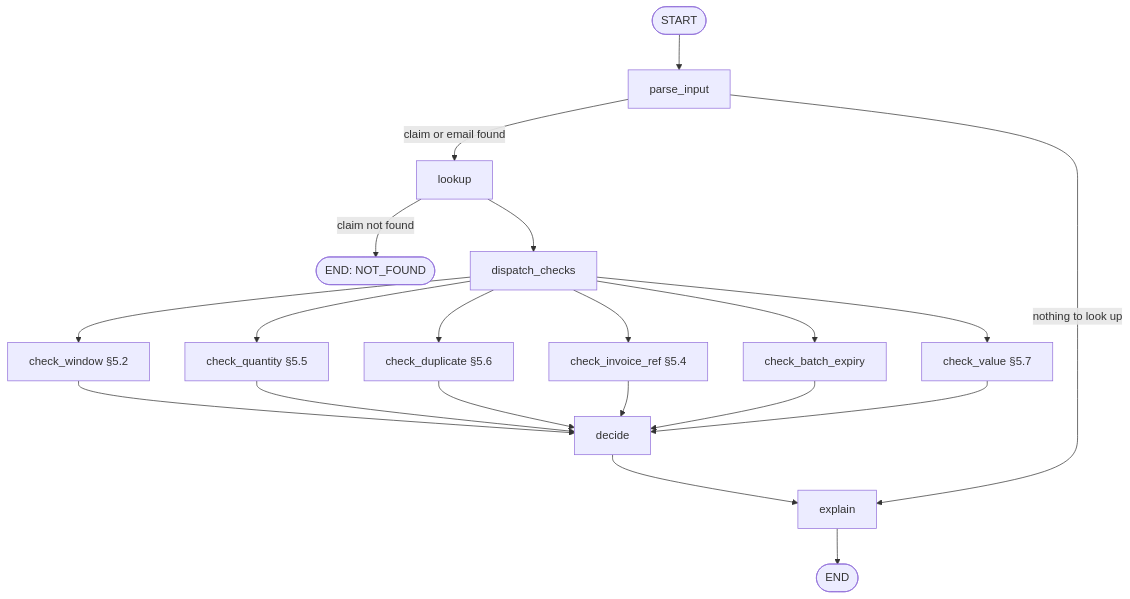
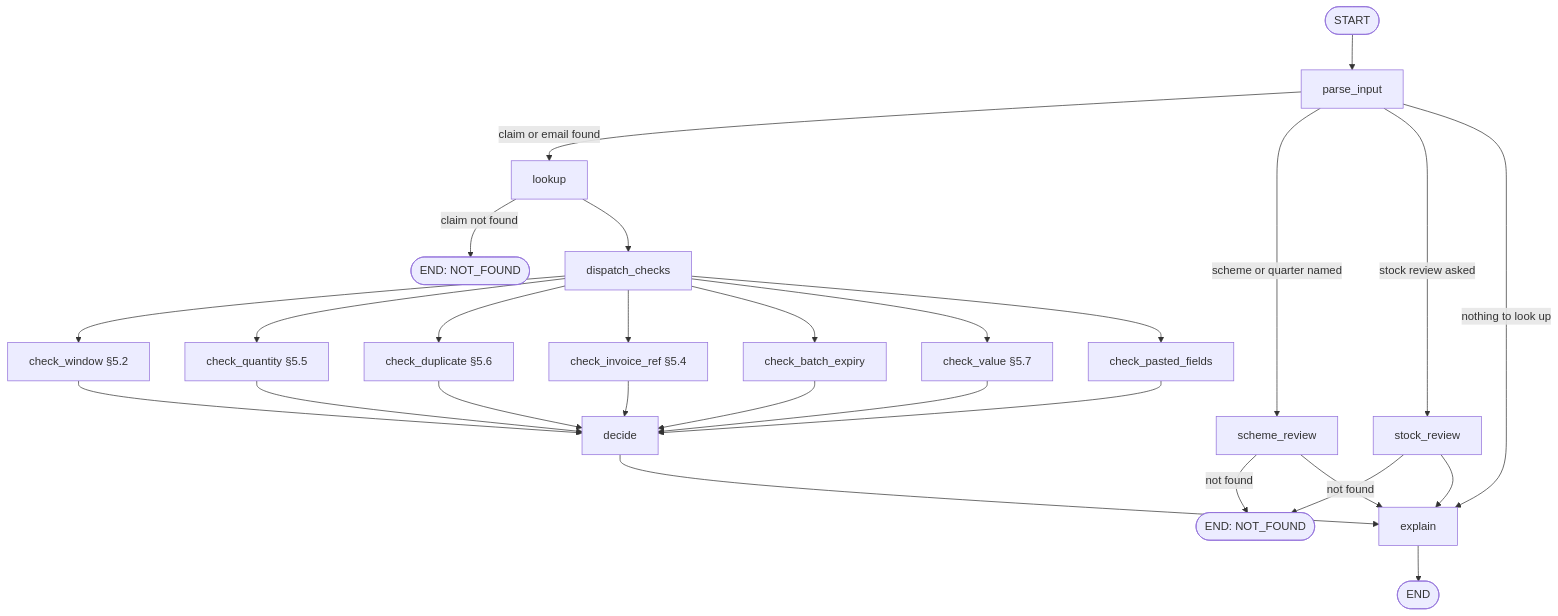
The diagram in README.md (palashdange/Project_Pfizer), drawn with Mermaid before and after one commit. The commit also changed other lines of this file and 1 other file, not shown here.

Commit message:
README: describe the pilot as it runs now; tidy discovery note formatting
- Users: scheme check (NSM and CFO) and stock view (Head of Supply Chain) are built, not planned
- Graph: add check_pasted_fields and the scheme_review / stock_review branches
- Problem: label the no-invoice credits as at risk, not stopped
- Repo map: list schemes.py, stock.py, tools.py
- Discovery note: blank lines in section 4, full stops in the brief

Claude-Session: https://claude.ai/code/session_01QYusprxjLchxPaS99Bb7gH

````diff
--- a/README.md
+++ b/README.md
@@ -28,17 +29,24 @@
 ```mermaid
 flowchart TD
     S([START]) --> P[parse_input]
     P -->|claim or email found| L[lookup]
+    P -->|scheme or quarter named| SR[scheme_review]
+    P -->|stock review asked| ST[stock_review]
     P -->|nothing to look up| E[explain]
+    SR -->|not found| X2([END: NOT_FOUND])
+    ST -->|not found| X2
+    SR --> E
+    ST --> E
     L -->|claim not found| X([END: NOT_FOUND])
     L --> D[dispatch_checks]
     D --> C1[check_window §5.2]
     D --> C2[check_quantity §5.5]
     D --> C3[check_duplicate §5.6]
     D --> C4[check_invoice_ref §5.4]
     D --> C5[check_batch_expiry]
     D --> C6[check_value §5.7]
-    C1 & C2 & C3 & C4 & C5 & C6 --> DEC[decide]
+    D --> C7[check_pasted_fields]
+    C1 & C2 & C3 & C4 & C5 & C6 & C7 --> DEC[decide]
     DEC --> E
     E --> Z([END])
 ```
````
